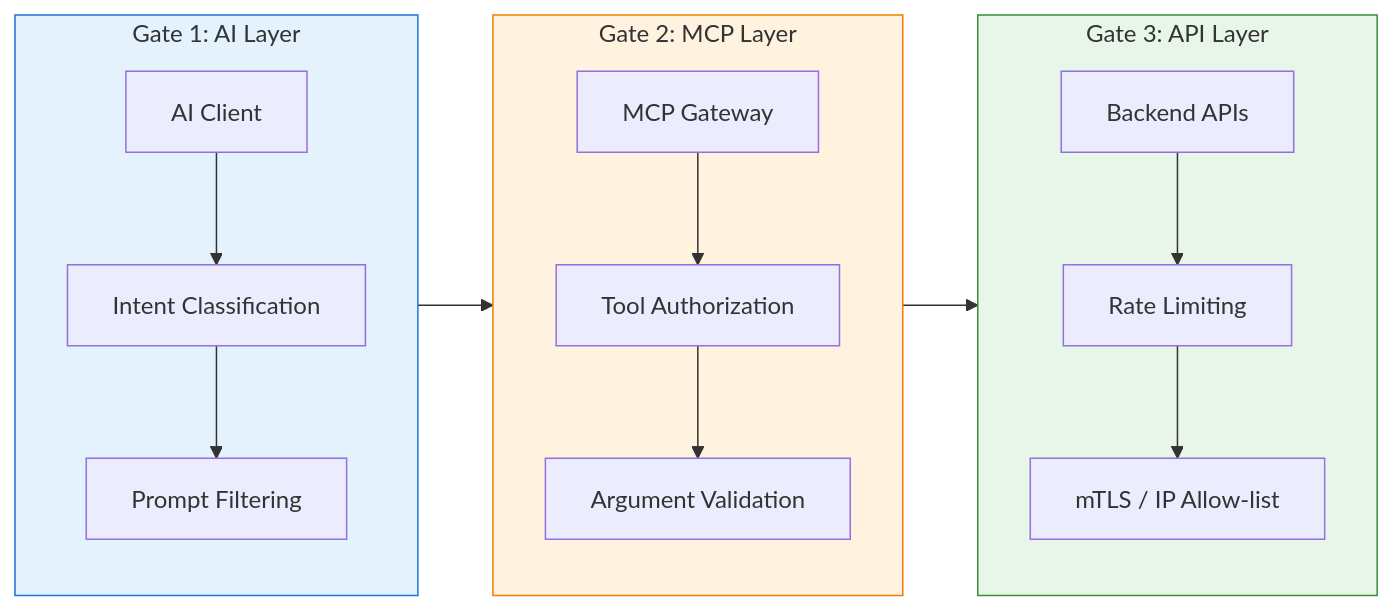
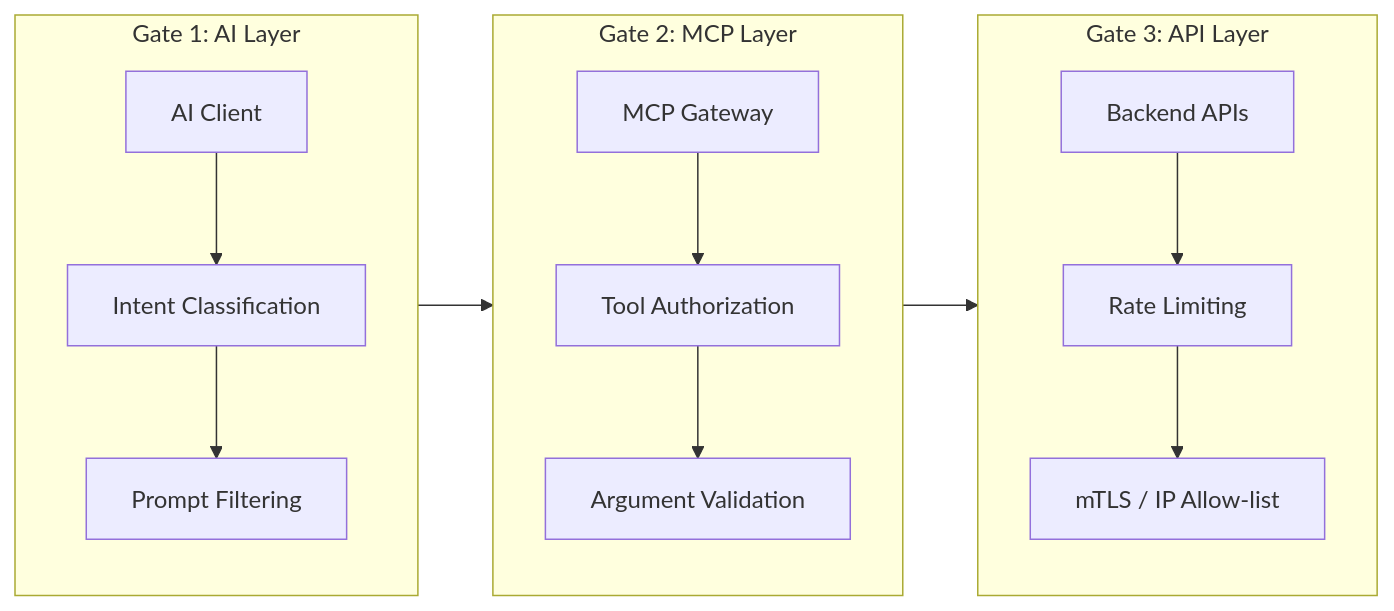
Before and after one commit to tedhabeck/mcp-context-forge: the second of 5 diagrams in docs/docs/best-practices/selecting-an-mcp-gateway.md, drawn with Mermaid. The commit also changed other lines of this file and 147 other files, not shown here.

First line of the commit message:
docs: refresh docs formatting, links, and diagrams (#2624)

````diff
--- a/docs/docs/best-practices/selecting-an-mcp-gateway.md
+++ b/docs/docs/best-practices/selecting-an-mcp-gateway.md
@@ -133,33 +133,30 @@
 ```mermaid
 flowchart LR
     subgraph gate1["Gate 1: AI Layer"]
         direction TB
         client["AI Client"]
         intent["Intent Classification"]
         filter["Prompt Filtering"]
     end
 
     subgraph gate2["Gate 2: MCP Layer"]
         direction TB
         gateway["MCP Gateway"]
         authz["Tool Authorization"]
         validate["Argument Validation"]
     end
 
     subgraph gate3["Gate 3: API Layer"]
         direction TB
         backend["Backend APIs"]
         rate["Rate Limiting"]
         mtls["mTLS / IP Allow-list"]
     end
 
     client --> intent --> filter
     filter --> gateway
     gateway --> authz --> validate
     validate --> backend
     backend --> rate --> mtls
 
-    style gate1 fill:#e3f2fd,stroke:#1976d2
-    style gate2 fill:#fff3e0,stroke:#f57c00
-    style gate3 fill:#e8f5e9,stroke:#388e3c
 ```
````
